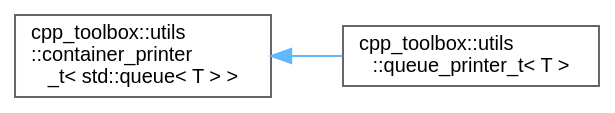
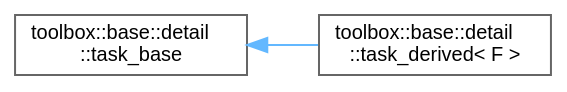
The diagram in inherit_graph_7.dot (nerdneilsfield/cpp-toolbox), drawn with Graphviz before and after one commit. The commit also changed 329 other files, not shown here.

```diff
--- a/inherit_graph_7.dot
+++ b/inherit_graph_7.dot
@@ -1,11 +1,11 @@
 digraph "Graphical Class Hierarchy"
 {
  // LATEX_PDF_SIZE
   bgcolor="transparent";
   edge [fontname=Helvetica,fontsize=10,labelfontname=Helvetica,labelfontsize=10];
   node [fontname=Helvetica,fontsize=10,shape=box,height=0.2,width=0.4];
   rankdir="LR";
-  Node0 [id="Node000000",label="cpp_toolbox::utils\l::container_printer\l_t\< std::queue\< T \> \>",height=0.2,width=0.4,color="grey40", fillcolor="white", style="filled",URL="$classcpp__toolbox_1_1utils_1_1container__printer__t.html",tooltip=" "];
-  Node0 -> Node1 [id="edge6_Node000000_Node000001",dir="back",color="steelblue1",style="solid",tooltip=" "];
-  Node1 [id="Node000001",label="cpp_toolbox::utils\l::queue_printer_t\< T \>",height=0.2,width=0.4,color="grey40", fillcolor="white", style="filled",URL="$classcpp__toolbox_1_1utils_1_1queue__printer__t.html",tooltip="队列打印器/Queue printer"];
+  Node0 [id="Node000000",label="toolbox::base::detail\l::task_base",height=0.2,width=0.4,color="grey40", fillcolor="white", style="filled",URL="$structtoolbox_1_1base_1_1detail_1_1task__base.html",tooltip=" "];
+  Node0 -> Node1 [id="edge25_Node000000_Node000001",dir="back",color="steelblue1",style="solid",tooltip=" "];
+  Node1 [id="Node000001",label="toolbox::base::detail\l::task_derived\< F \>",height=0.2,width=0.4,color="grey40", fillcolor="white", style="filled",URL="$structtoolbox_1_1base_1_1detail_1_1task__derived.html",tooltip=" "];
 }
```
